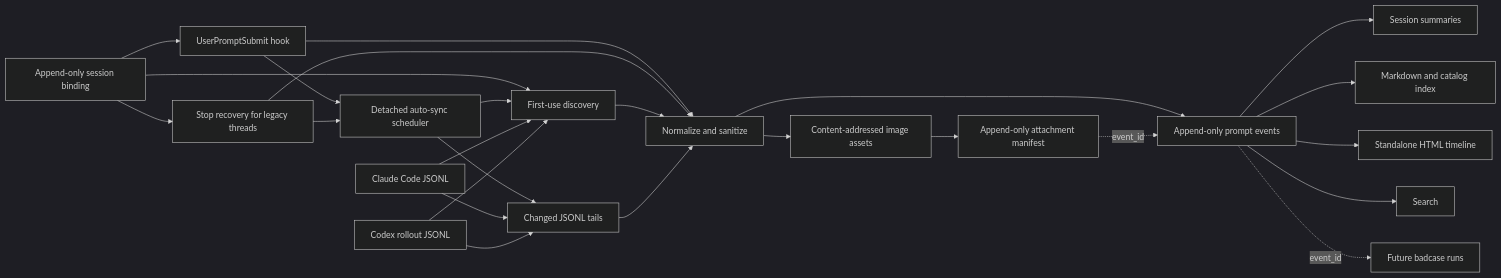
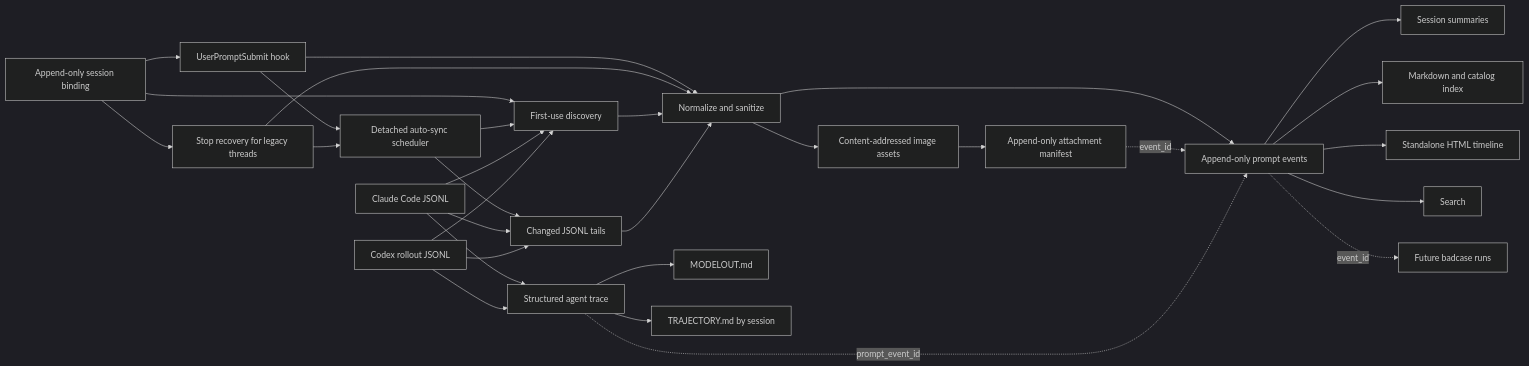
One commit to 24kchengYe/prompt-harness changed the diagram in references/architecture.md. Above: the diagram before and after it, drawn with Mermaid (dark theme). The commit also changed other lines of this file and 13 other files, not shown here.

````diff
--- a/references/architecture.md
+++ b/references/architecture.md
@@ -3,27 +3,32 @@
 ```mermaid
 flowchart LR
   H["UserPromptSubmit hook"] --> N["Normalize and sanitize"]
   T["Stop recovery for legacy threads"] --> N
   P["Append-only session binding"] --> H
   P --> T
   P --> B
   H --> D["Detached auto-sync scheduler"]
   T --> D
   D --> B["First-use discovery"]
   D --> J["Changed JSONL tails"]
   C["Claude Code JSONL"] --> B
   X["Codex rollout JSONL"] --> B
   C --> J
   X --> J
   B --> N
   J --> N
   N --> E["Append-only prompt events"]
   N --> A["Content-addressed image assets"]
   A --> L["Append-only attachment manifest"]
   L -. event_id .-> E
   E --> S["Session summaries"]
   E --> I["Markdown and catalog index"]
   E --> V["Standalone HTML timeline"]
   E --> Q["Search"]
+  C --> O["Structured agent trace"]
+  X --> O
+  O --> M["MODELOUT.md"]
+  O --> Y["TRAJECTORY.md by session"]
+  O -. prompt_event_id .-> E
   E -. event_id .-> R["Future badcase runs"]
 ```
````
